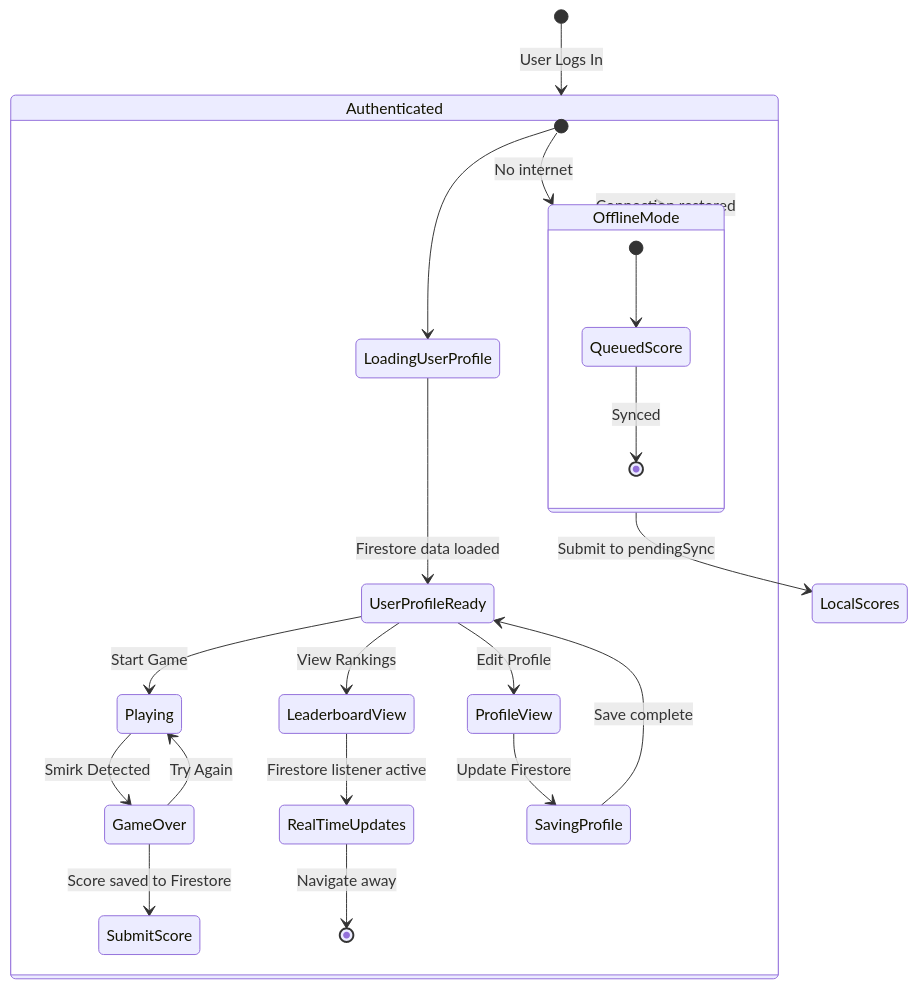
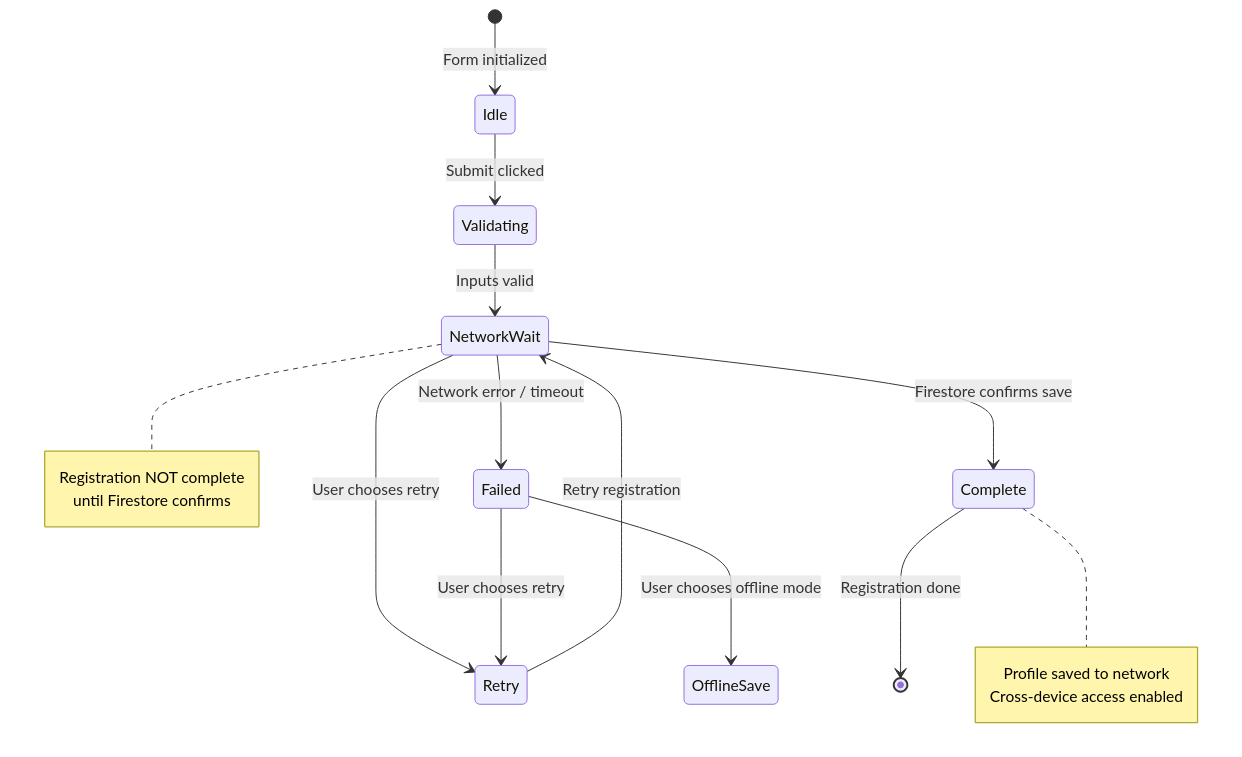
One commit to G1nga-synn3r/smirkle changed the second of 2 diagrams in docs/firestore-architecture.md. Above: the diagram before and after it, drawn with Mermaid. The commit also changed other lines of this file and 55 other files, not shown here.

First line of the commit message:
feat: build content safety architecture with face tracking safeguards and user verification

````diff
--- a/docs/firestore-architecture.md
+++ b/docs/firestore-architecture.md
@@ -740,33 +120,23 @@
 ```mermaid
 stateDiagram-v2
-    [*] --> Authenticated: User Logs In
+    [*] --> Idle: Form initialized
+    Idle --> Validating: Submit clicked
+    Validating --> NetworkWait: Inputs valid
+    NetworkWait --> Complete: Firestore confirms save
+    NetworkWait --> Failed: Network error / timeout
+    NetworkWait --> Retry: User chooses retry
+    Retry --> NetworkWait: Retry registration
+    Failed --> Retry: User chooses retry
+    Failed --> OfflineSave: User chooses offline mode
+    Complete --> [*]: Registration done
     
-    state Authenticated {
-        [*] --> LoadingUserProfile
-        LoadingUserProfile --> UserProfileReady: Firestore data loaded
-        
-        UserProfileReady --> Playing: Start Game
-        UserProfileReady --> LeaderboardView: View Rankings
-        UserProfileReady --> ProfileView: Edit Profile
-        
-        Playing --> GameOver: Smirk Detected
-        GameOver --> SubmitScore: Score saved to Firestore
-        GameOver --> Playing: Try Again
-        
-        LeaderboardView --> RealTimeUpdates: Firestore listener active
-        RealTimeUpdates --> [*]: Navigate away
-        
-        ProfileView --> SavingProfile: Update Firestore
-        SavingProfile --> UserProfileReady: Save complete
-        
-        [*] --> OfflineMode: No internet
-    }
+    note right of NetworkWait
+        Registration NOT complete
+        until Firestore confirms
+    end note
     
-    OfflineMode --> Authenticated: Connection restored
-    OfflineMode --> LocalScores: Submit to pendingSync
-    
-    state OfflineMode {
-        [*] --> QueuedScore
-        QueuedScore --> [*]: Synced
-    }
+    note right of Complete
+        Profile saved to network
+        Cross-device access enabled
+    end note
 ```
````
